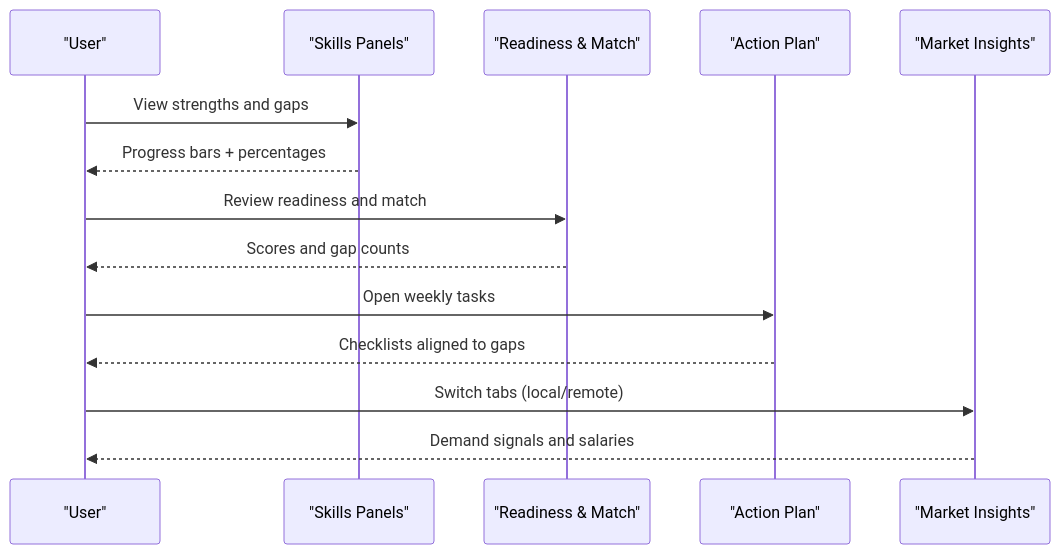
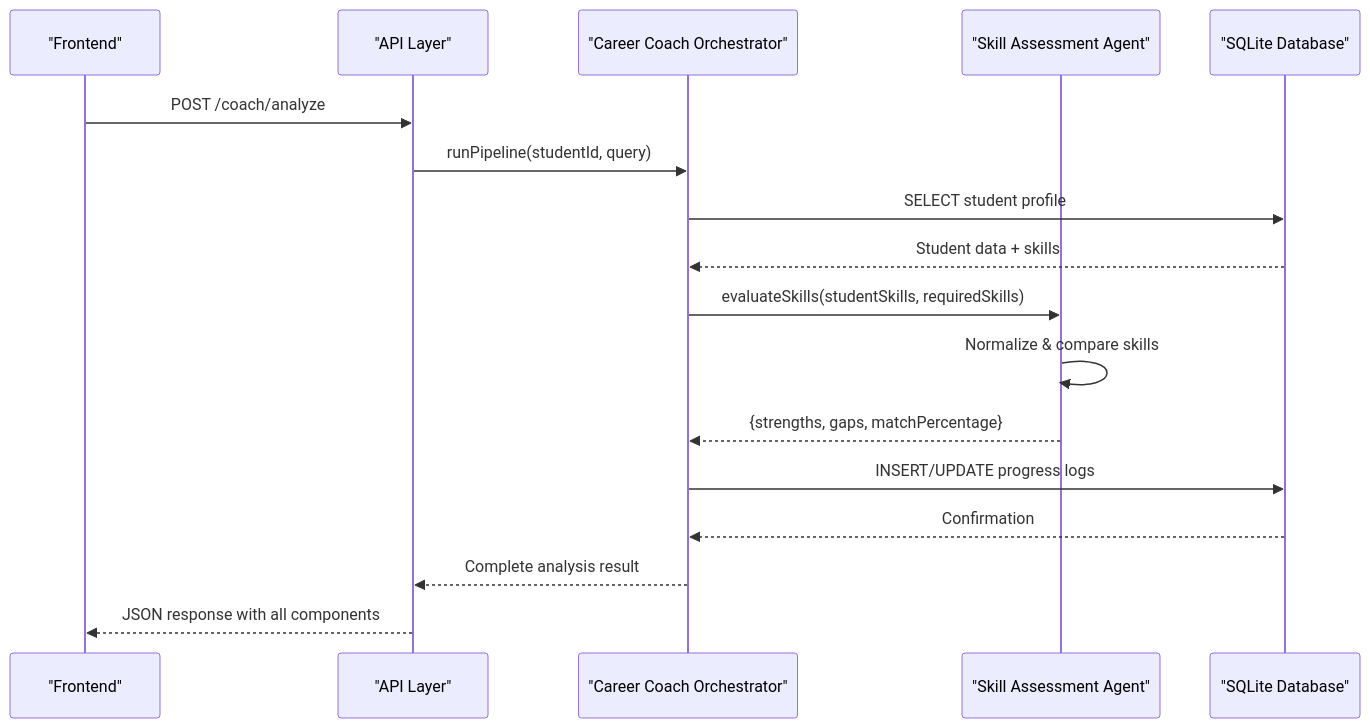
The second of 4 diagrams in .qoder/repowiki/en/content/Core Features/Skills Analysis Dashboard.md (Alishba-Moin/CareerCompass), drawn with Mermaid before and after one commit. The commit also changed other lines of this file and 38 other files, not shown here.

Commit message:
Add Roadmap pdf download option

````diff
--- a/.qoder/repowiki/en/content/Core Features/Skills Analysis Dashboard.md
+++ b/.qoder/repowiki/en/content/Core Features/Skills Analysis Dashboard.md
@@ -79,16 +119,19 @@
 ```mermaid
 sequenceDiagram
-participant User as "User"
-participant Skills as "Skills Panels"
-participant Metrics as "Readiness & Match"
-participant Plan as "Action Plan"
-participant Market as "Market Insights"
-User->>Skills : View strengths and gaps
-Skills-->>User : Progress bars + percentages
-User->>Metrics : Review readiness and match
-Metrics-->>User : Scores and gap counts
-User->>Plan : Open weekly tasks
-Plan-->>User : Checklists aligned to gaps
-User->>Market : Switch tabs (local/remote)
-Market-->>User : Demand signals and salaries
+participant FE as "Frontend"
+participant API as "API Layer"
+participant Orchestrator as "Career Coach Orchestrator"
+participant SkillAgent as "Skill Assessment Agent"
+participant DB as "SQLite Database"
+FE->>API : POST /coach/analyze
+API->>Orchestrator : runPipeline(studentId, query)
+Orchestrator->>DB : SELECT student profile
+DB-->>Orchestrator : Student data + skills
+Orchestrator->>SkillAgent : evaluateSkills(studentSkills, requiredSkills)
+SkillAgent->>SkillAgent : Normalize & compare skills
+SkillAgent-->>Orchestrator : {strengths, gaps, matchPercentage}
+Orchestrator->>DB : INSERT/UPDATE progress logs
+DB-->>Orchestrator : Confirmation
+Orchestrator-->>API : Complete analysis result
+API-->>FE : JSON response with all components
 ```
````
